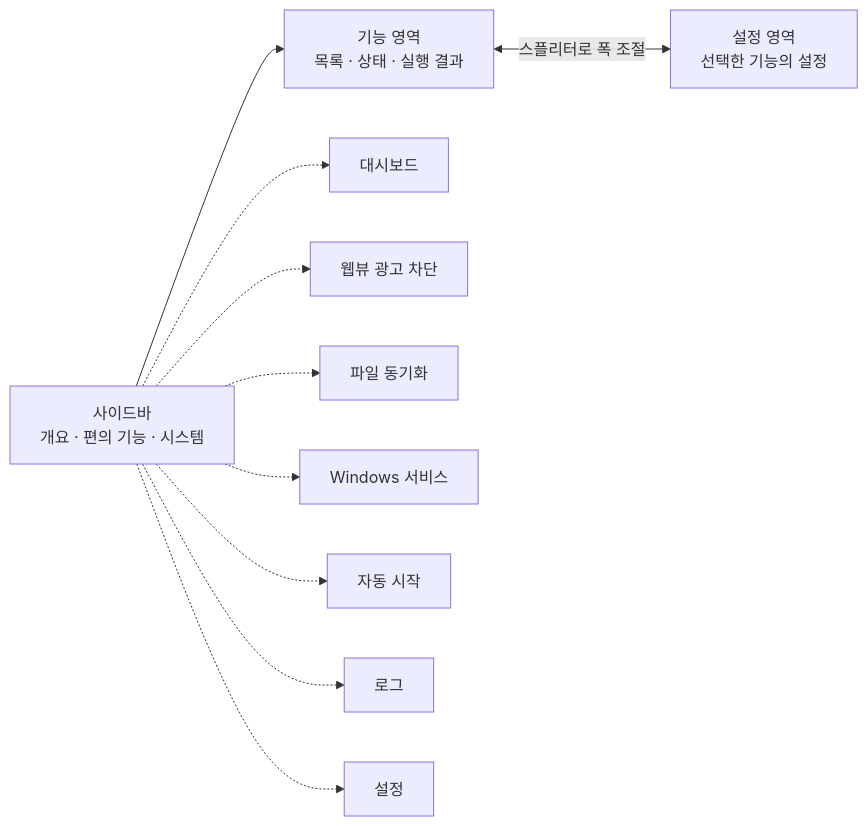
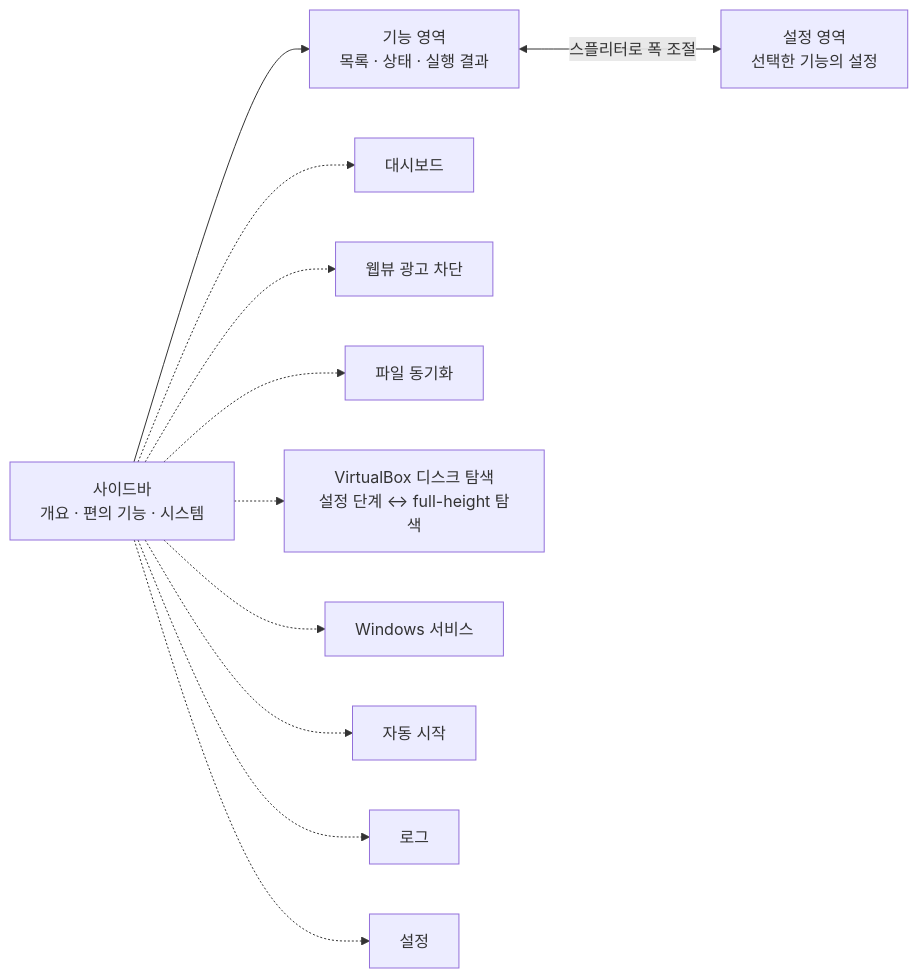
One commit to CountJung/gpui-convenience-tools changed the first of 4 diagrams in docs/README.md. Above: the diagram before and after it, drawn with Mermaid. The commit also changed other lines of this file and 12 other files, not shown here.

Commit message:
feat: VirtualBox 탐색기를 전체 작업 화면으로 재구성

````diff
--- a/docs/README.md
+++ b/docs/README.md
@@ -51,17 +53,18 @@
 ```mermaid
 flowchart LR
     sidebar["사이드바<br/>개요 · 편의 기능 · 시스템"]
     feature["기능 영역<br/>목록 · 상태 · 실행 결과"]
     settings["설정 영역<br/>선택한 기능의 설정"]
 
     sidebar --> feature
     feature <-->|"스플리터로 폭 조절"| settings
 
     sidebar -.-> dashboard["대시보드"]
     sidebar -.-> ad["웹뷰 광고 차단"]
     sidebar -.-> sync["파일 동기화"]
+    sidebar -.-> vdi["VirtualBox 디스크 탐색<br/>설정 단계 ↔ full-height 탐색"]
     sidebar -.-> service["Windows 서비스"]
     sidebar -.-> startup["자동 시작"]
     sidebar -.-> logs["로그"]
     sidebar -.-> app_settings["설정"]
 ```
````
